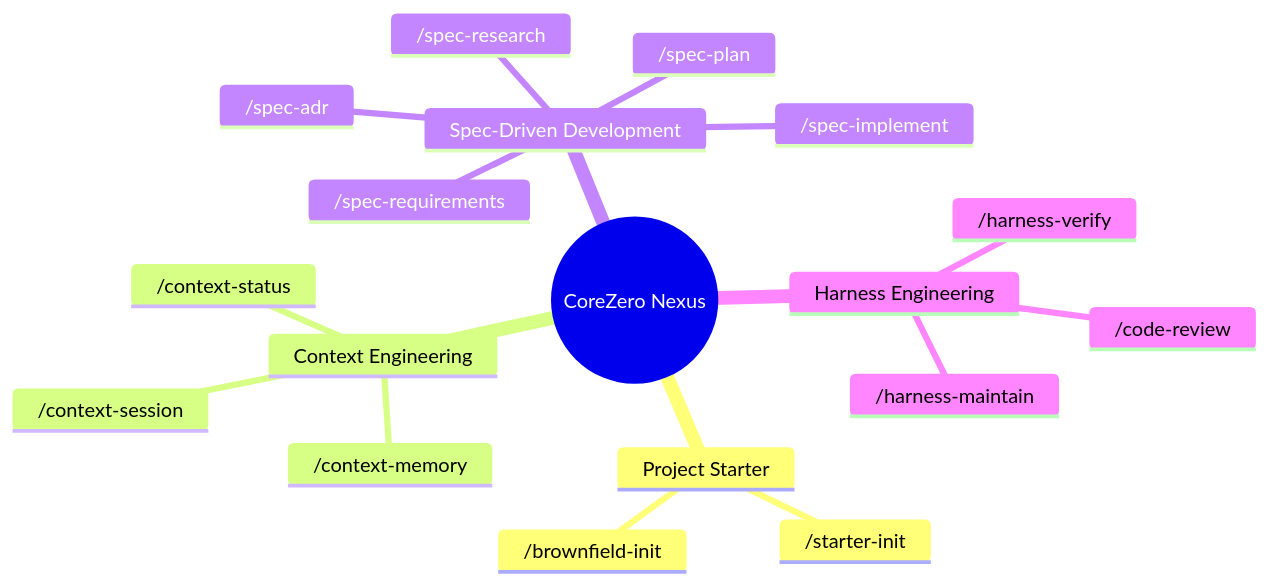
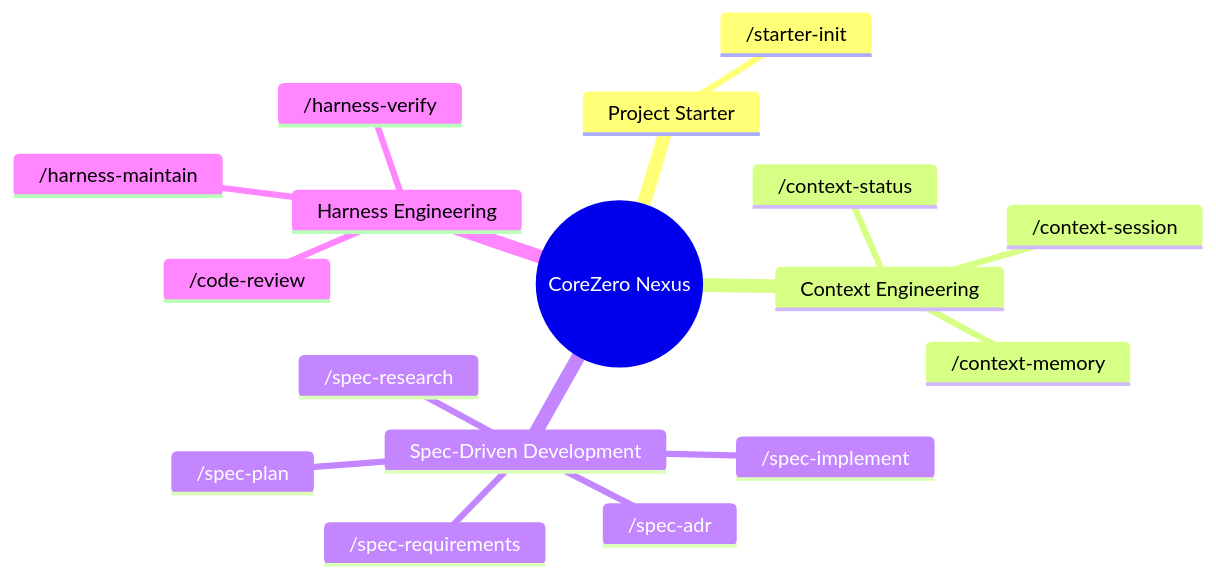
The diagram in documents/packs.md (thaihai-swe/CoreZero-Nexus), drawn with Mermaid before and after one commit. The commit also changed other lines of this file and 66 other files, not shown here.

````diff
--- a/documents/packs.md
+++ b/documents/packs.md
@@ -11,21 +11,20 @@
 ```mermaid
 mindmap
   root((CoreZero Nexus))
     Project Starter
-      /brownfield-init
       /starter-init
     Context Engineering
       /context-session
       /context-status
       /context-memory
     Spec-Driven Development
       /spec-research
       /spec-requirements
       /spec-adr
       /spec-plan
       /spec-implement
     Harness Engineering
       /harness-verify
       /harness-maintain
       /code-review
 ```
````
